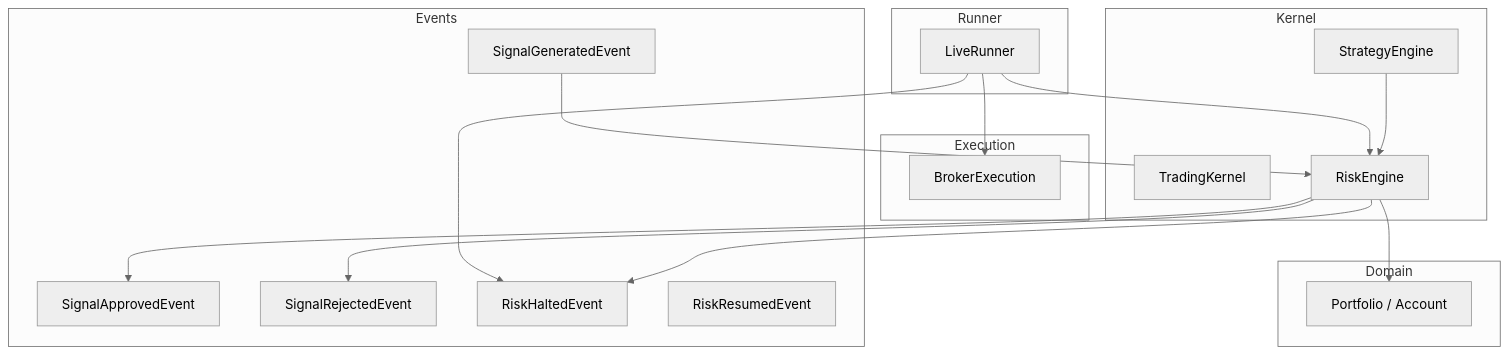
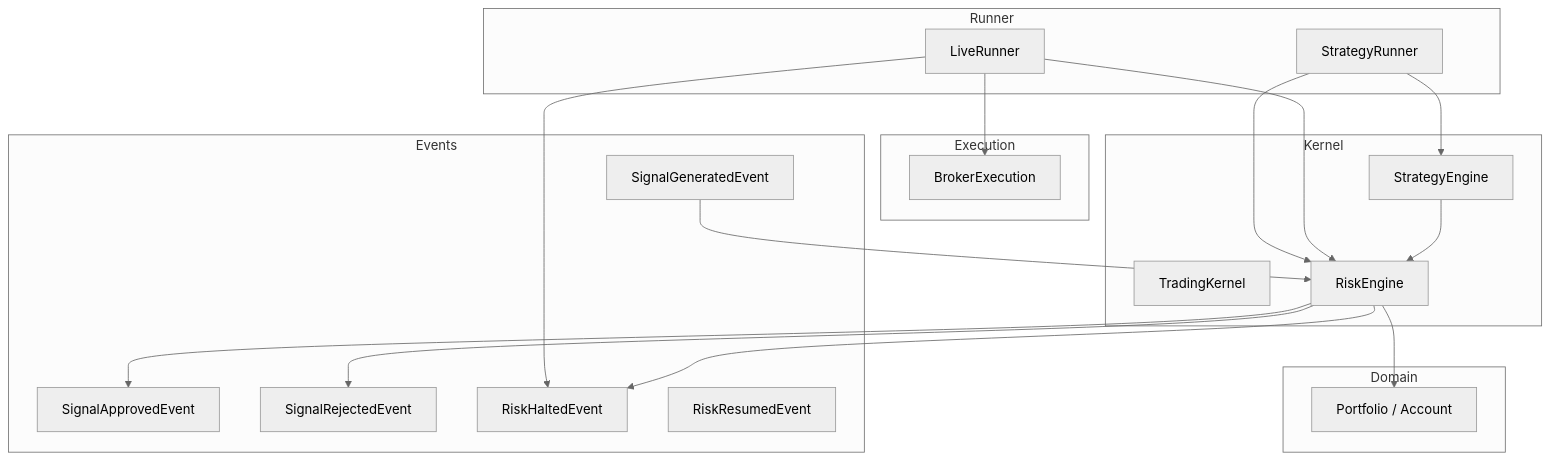
The first of 8 diagrams in .qoder/repowiki/en/content/Risk Management.md (Ganesh-Kusundal/nTrade), drawn with Mermaid (neutral theme) before and after one commit. The commit also changed other lines of this file and 331 other files, not shown here.

````diff
--- a/.qoder/repowiki/en/content/Risk Management.md
+++ b/.qoder/repowiki/en/content/Risk Management.md
@@ -48,33 +55,36 @@
 ```mermaid
 graph TB
 subgraph "Kernel"
 K["TradingKernel"]
 SE["StrategyEngine"]
 RE["RiskEngine"]
 end
 subgraph "Runner"
 LR["LiveRunner"]
+SR["StrategyRunner"]
 end
 subgraph "Execution"
 BE["BrokerExecution"]
 end
 subgraph "Domain"
 P["Portfolio / Account"]
 end
 subgraph "Events"
 E1["SignalGeneratedEvent"]
 E2["SignalApprovedEvent"]
 E3["SignalRejectedEvent"]
 E4["RiskHaltedEvent"]
 E5["RiskResumedEvent"]
 end
 SE --> RE
 LR --> RE
 RE --> E2
 RE --> E3
 RE --> E4
 LR --> E4
 LR --> BE
 RE --> P
 E1 --> RE
+SR --> SE
+SR --> RE
 ```
````
